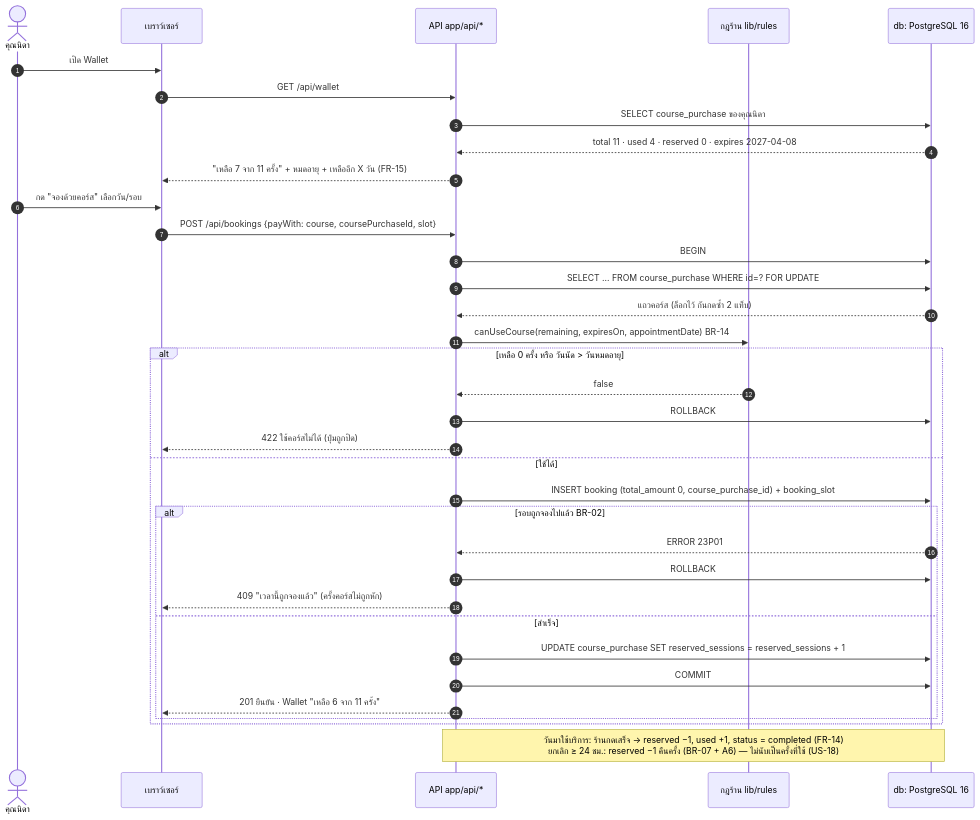
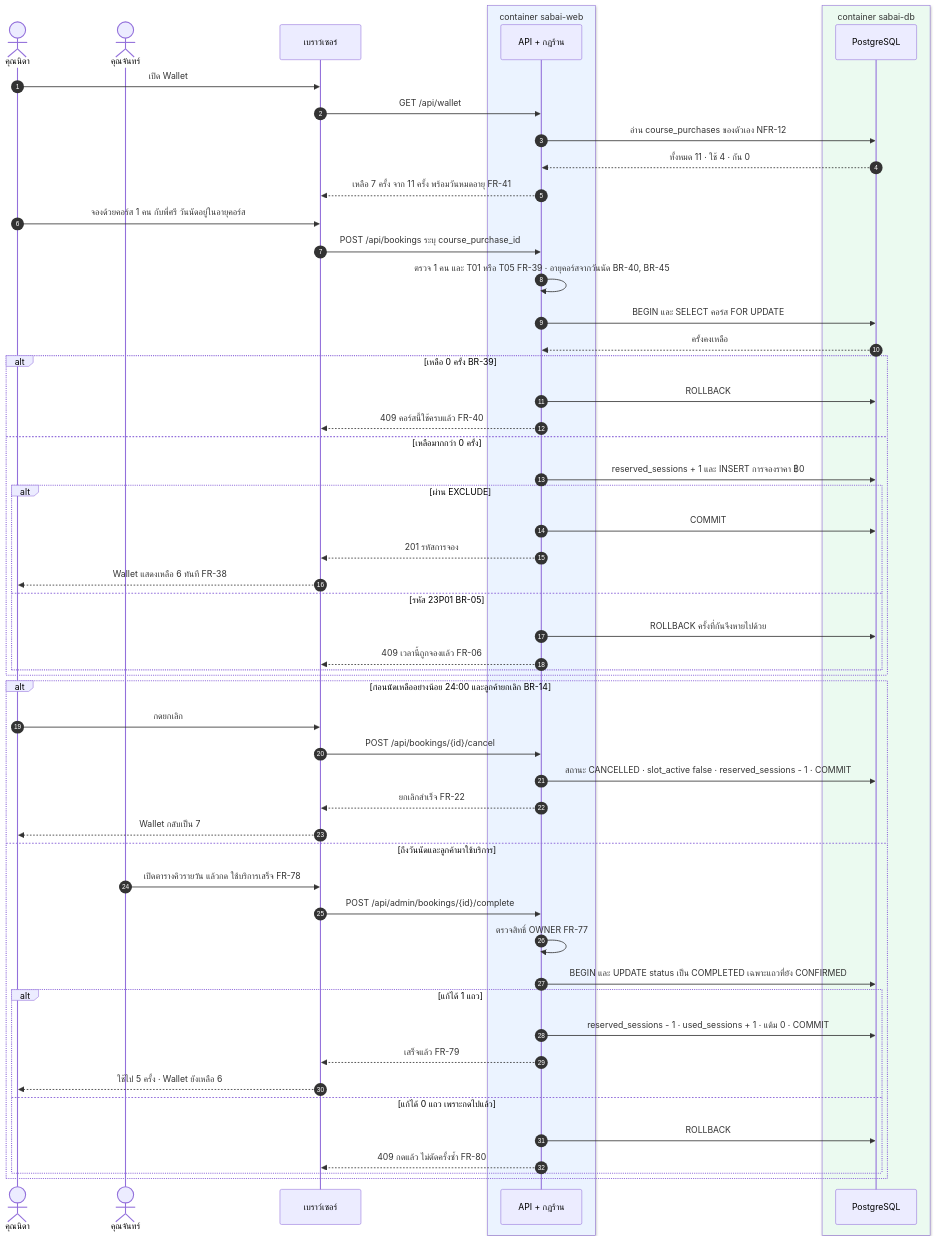
One commit to Tuchsanai/Teaching_CWN2026 changed the ninth of 10 diagrams in 00_week01/04_sabai-spa-web-and-testplan-from-interview/_solution/DESIGN.md. Above: the diagram before and after it, drawn with Mermaid. The commit also changed other lines of this file and 1105 other files, not shown here.

````diff
--- a/00_week01/04_sabai-spa-web-and-testplan-from-interview/_solution/DESIGN.md
+++ b/00_week01/04_sabai-spa-web-and-testplan-from-interview/_solution/DESIGN.md
@@ -572,38 +798,60 @@
 ```mermaid
 sequenceDiagram
-    autonumber
-    actor N as คุณนิดา
-    participant B as เบราว์เซอร์
-    participant A as API app/api/*
-    participant R as กฎร้าน lib/rules
-    participant D as db: PostgreSQL 16
+  autonumber
+  actor N as คุณนิดา
+  actor O as คุณจันทร์
+  participant B as เบราว์เซอร์
+  box rgb(235,243,255) container sabai-web
+    participant A as API + กฎร้าน
+  end
+  box rgb(235,250,240) container sabai-db
+    participant D as PostgreSQL
+  end
 
-    N->>B: เปิด Wallet
-    B->>A: GET /api/wallet
-    A->>D: SELECT course_purchase ของคุณนิดา
-    D-->>A: total 11 · used 4 · reserved 0 · expires 2027-04-08
-    A-->>B: "เหลือ 7 จาก 11 ครั้ง" + หมดอายุ + เหลืออีก X วัน (FR-15)
-    N->>B: กด "จองด้วยคอร์ส" เลือกวัน/รอบ
-    B->>A: POST /api/bookings {payWith: course, coursePurchaseId, slot}
-    A->>D: BEGIN
-    A->>D: SELECT … FROM course_purchase WHERE id=? FOR UPDATE
-    D-->>A: แถวคอร์ส (ล็อกไว้ กันกดซ้ำ 2 แท็บ)
-    A->>R: canUseCourse(remaining, expiresOn, appointmentDate) BR-14
-    alt เหลือ 0 ครั้ง หรือ วันนัด > วันหมดอายุ
-        R-->>A: false
-        A->>D: ROLLBACK
-        A-->>B: 422 ใช้คอร์สไม่ได้ (ปุ่มถูกปิด)
-    else ใช้ได้
-        A->>D: INSERT booking (total_amount 0, course_purchase_id) + booking_slot
-        alt รอบถูกจองไปแล้ว BR-02
-            D-->>A: ERROR 23P01
-            A->>D: ROLLBACK
-            A-->>B: 409 "เวลานี้ถูกจองแล้ว" (ครั้งคอร์สไม่ถูกหัก)
-        else สำเร็จ
-            A->>D: UPDATE course_purchase SET reserved_sessions = reserved_sessions + 1
-            A->>D: COMMIT
-            A-->>B: 201 ยืนยัน · Wallet "เหลือ 6 จาก 11 ครั้ง"
-        end
+  N->>B: เปิด Wallet
+  B->>A: GET /api/wallet
+  A->>D: อ่าน course_purchases ของตัวเอง NFR-12
+  D-->>A: ทั้งหมด 11 · ใช้ 4 · กัน 0
+  A-->>B: เหลือ 7 ครั้ง จาก 11 ครั้ง พร้อมวันหมดอายุ FR-41
+
+  N->>B: จองด้วยคอร์ส 1 คน กับพี่ศรี วันนัดอยู่ในอายุคอร์ส
+  B->>A: POST /api/bookings ระบุ course_purchase_id
+  A->>A: ตรวจ 1 คน และ T01 หรือ T05 FR-39 · อายุคอร์สจากวันนัด BR-40, BR-45
+  A->>D: BEGIN และ SELECT คอร์ส FOR UPDATE
+  D-->>A: ครั้งคงเหลือ
+  alt เหลือ 0 ครั้ง BR-39
+    A->>D: ROLLBACK
+    A-->>B: 409 คอร์สนี้ใช้ครบแล้ว FR-40
+  else เหลือมากกว่า 0 ครั้ง
+    A->>D: reserved_sessions + 1 และ INSERT การจองราคา ฿0
+    alt ผ่าน EXCLUDE
+      A->>D: COMMIT
+      A-->>B: 201 รหัสการจอง
+      B-->>N: Wallet แสดงเหลือ 6 ทันที FR-38
+    else รหัส 23P01 BR-05
+      A->>D: ROLLBACK ครั้งที่กันจึงหายไปด้วย
+      A-->>B: 409 เวลานี้ถูกจองแล้ว FR-06
     end
-    Note over A,D: วันมาใช้บริการ: ร้านกดเสร็จ → reserved −1, used +1, status = completed (FR-14)<br/>ยกเลิก ≥ 24 ชม.: reserved −1 คืนครั้ง (BR-07 + A6) — ไม่นับเป็นครั้งที่ใช้ (US-18)
+  end
+
+  alt ก่อนนัดเหลืออย่างน้อย 24:00 และลูกค้ายกเลิก BR-14
+    N->>B: กดยกเลิก
+    B->>A: POST /api/bookings/{id}/cancel
+    A->>D: สถานะ CANCELLED · slot_active false · reserved_sessions - 1 · COMMIT
+    A-->>B: ยกเลิกสำเร็จ FR-22
+    B-->>N: Wallet กลับเป็น 7
+  else ถึงวันนัดและลูกค้ามาใช้บริการ
+    O->>B: เปิดตารางคิวรายวัน แล้วกด ใช้บริการเสร็จ FR-78
+    B->>A: POST /api/admin/bookings/{id}/complete
+    A->>A: ตรวจสิทธิ์ OWNER FR-77
+    A->>D: BEGIN และ UPDATE status เป็น COMPLETED เฉพาะแถวที่ยัง CONFIRMED
+    alt แก้ได้ 1 แถว
+      A->>D: reserved_sessions - 1 · used_sessions + 1 · แต้ม 0 · COMMIT
+      A-->>B: เสร็จแล้ว FR-79
+      B-->>N: ใช้ไป 5 ครั้ง · Wallet ยังเหลือ 6
+    else แก้ได้ 0 แถว เพราะกดไปแล้ว
+      A->>D: ROLLBACK
+      A-->>B: 409 กดแล้ว ไม่ตัดครั้งซ้ำ FR-80
+    end
+  end
 ```
````
